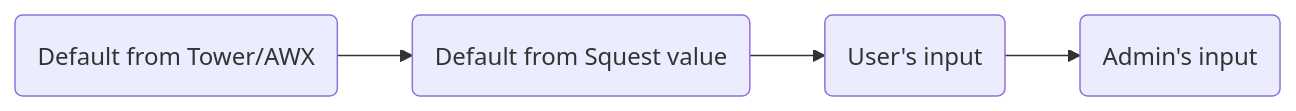
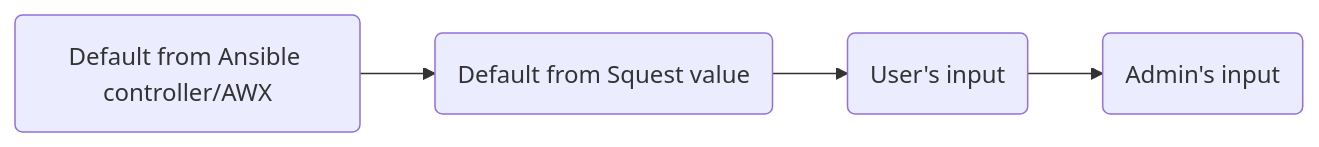
The second of 2 diagrams in docs/manual/service_catalog/operation.md (HewlettPackard/squest), drawn with Mermaid before and after one commit. The commit also changed other lines of this file and 122 other files, not shown here.

Commit message:
Rename Tower to AnsibleController

````diff
--- a/docs/manual/service_catalog/operation.md
+++ b/docs/manual/service_catalog/operation.md
@@ -128,4 +129,4 @@
 ```mermaid
 flowchart LR
-    tower(Default from Tower/AWX) --> squest(Default from Squest value) --> User(User's input)  --> Admin(Admin's input)
+    AnsibleController(Default from Ansible controller/AWX) --> squest(Default from Squest value) --> User(User's input)  --> Admin(Admin's input)
 ```
````
